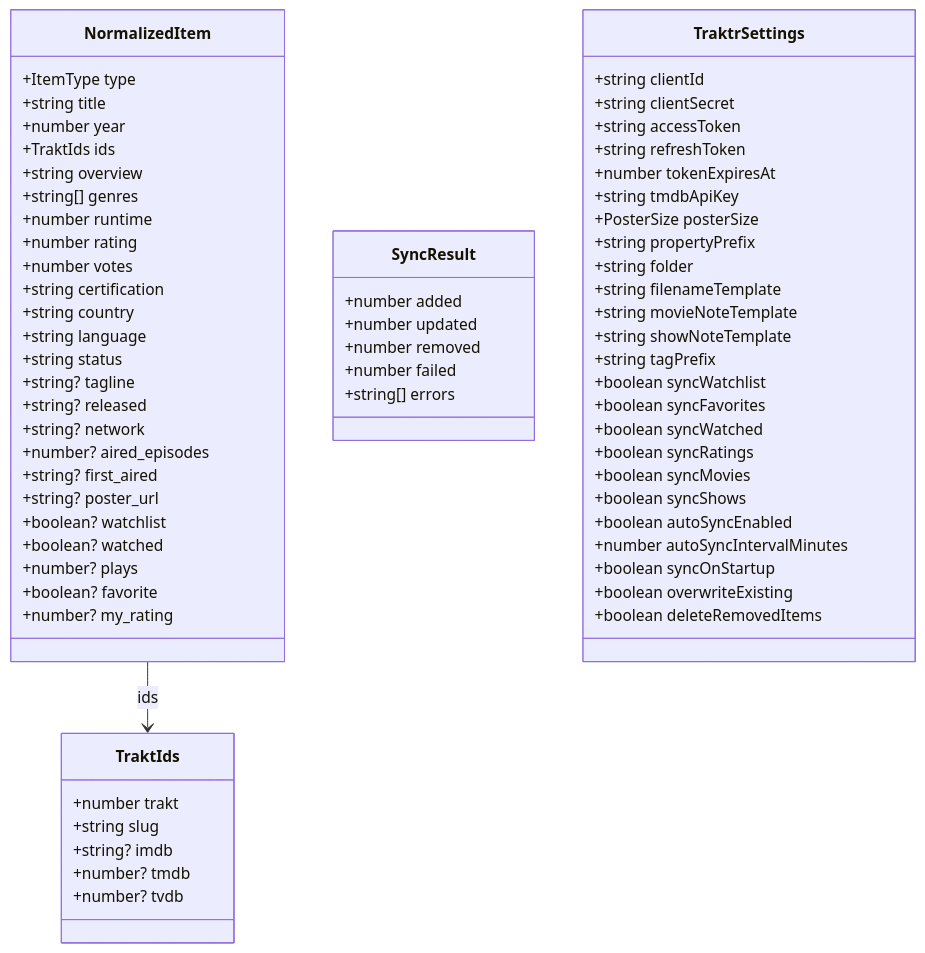
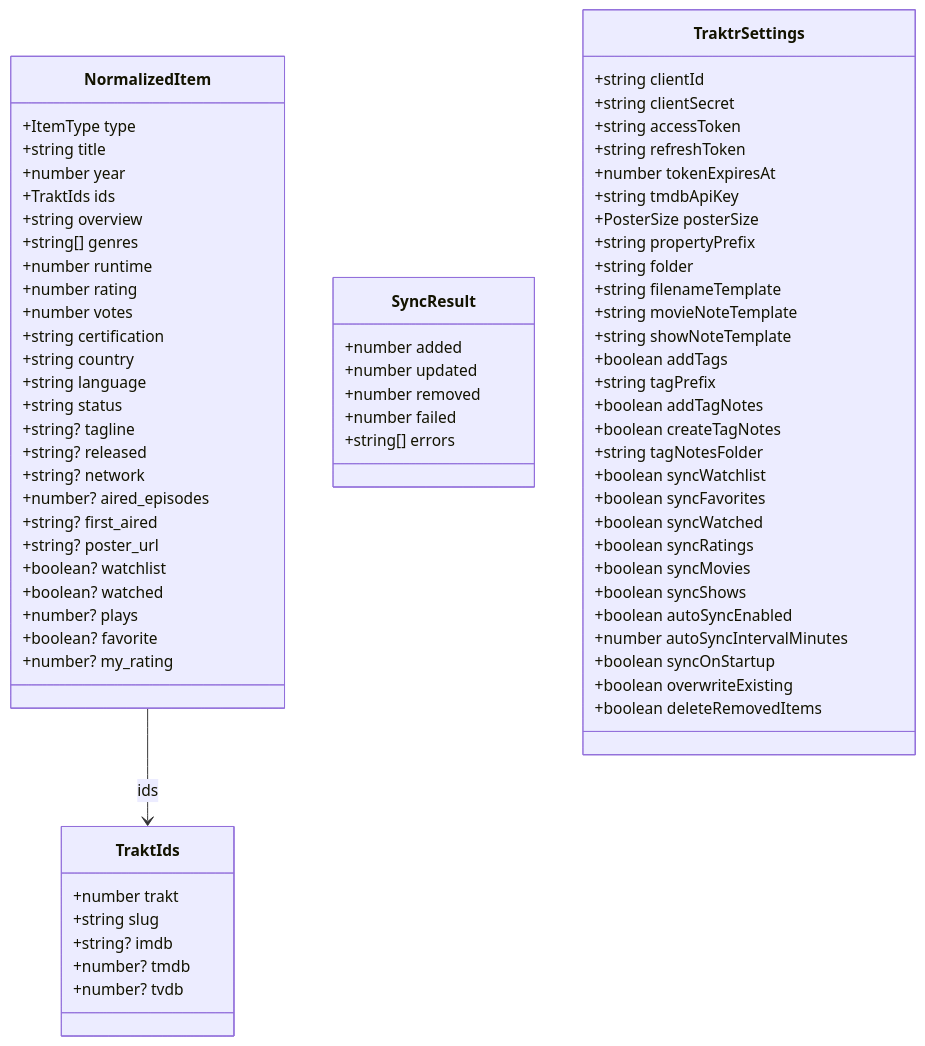
One commit to sarimabbas/traktr changed diagram 16 of 16 in doc/DEVELOPER.md. Above: the diagram before and after it, drawn with Mermaid. The commit also changed other lines of this file and 6 other files, not shown here.

````diff
--- a/doc/DEVELOPER.md
+++ b/doc/DEVELOPER.md
@@ -418,74 +417,78 @@
 ```mermaid
 classDiagram
     class NormalizedItem {
         +ItemType type
         +string title
         +number year
         +TraktIds ids
         +string overview
         +string[] genres
         +number runtime
         +number rating
         +number votes
         +string certification
         +string country
         +string language
         +string status
         +string? tagline
         +string? released
         +string? network
         +number? aired_episodes
         +string? first_aired
         +string? poster_url
         +boolean? watchlist
         +boolean? watched
         +number? plays
         +boolean? favorite
         +number? my_rating
     }
 
     class TraktIds {
         +number trakt
         +string slug
         +string? imdb
         +number? tmdb
         +number? tvdb
     }
 
     class SyncResult {
         +number added
         +number updated
         +number removed
         +number failed
         +string[] errors
     }
 
     class TraktrSettings {
         +string clientId
         +string clientSecret
         +string accessToken
         +string refreshToken
         +number tokenExpiresAt
         +string tmdbApiKey
         +PosterSize posterSize
         +string propertyPrefix
         +string folder
         +string filenameTemplate
         +string movieNoteTemplate
         +string showNoteTemplate
+        +boolean addTags
         +string tagPrefix
+        +boolean addTagNotes
+        +boolean createTagNotes
+        +string tagNotesFolder
         +boolean syncWatchlist
         +boolean syncFavorites
         +boolean syncWatched
         +boolean syncRatings
         +boolean syncMovies
         +boolean syncShows
         +boolean autoSyncEnabled
         +number autoSyncIntervalMinutes
         +boolean syncOnStartup
         +boolean overwriteExisting
         +boolean deleteRemovedItems
     }
 
     NormalizedItem --> TraktIds : ids
 ```
````
